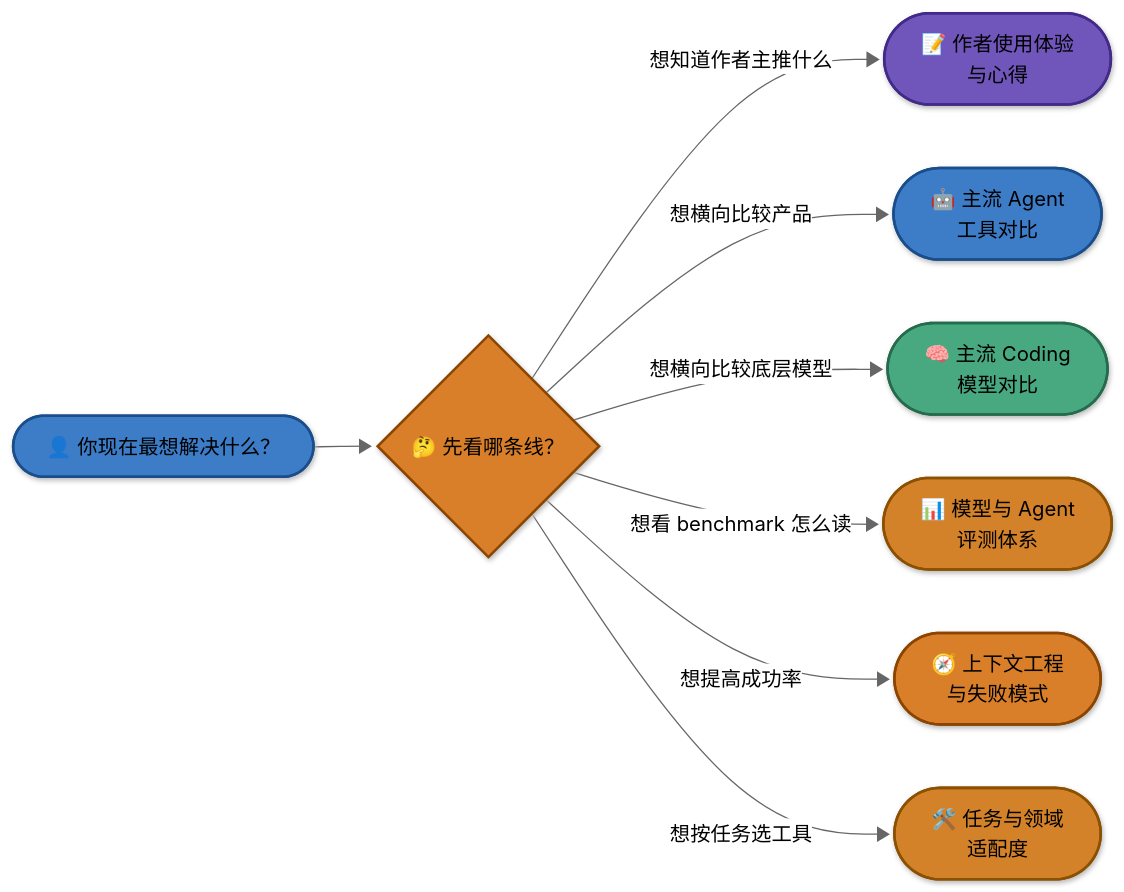
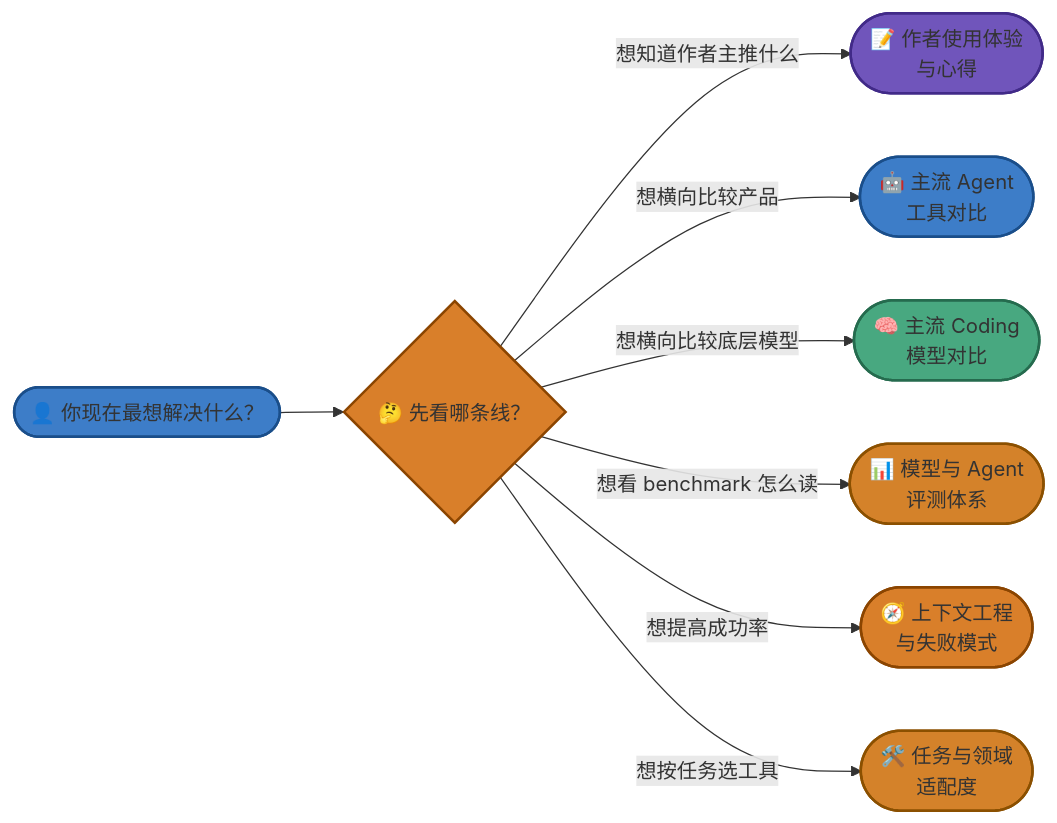
Before and after one commit to zht043/AgenticCodingTutorial: the diagram in docs/ch01-quickstart/reference-tools-comparison.md, drawn with Mermaid. The commit also changed 100 other files, not shown here.

````diff
--- a/docs/ch01-quickstart/reference-tools-comparison.md
+++ b/docs/ch01-quickstart/reference-tools-comparison.md
@@ -13,21 +13,16 @@
 ```mermaid
----
-config:
-  theme: neutral
-  look: neo
----
 flowchart LR
     classDef core fill:#3D7DC8,stroke:#1A4E8A,stroke-width:2px
     classDef data fill:#48A880,stroke:#256B4E,stroke-width:2px
     classDef warning fill:#D97F2A,stroke:#8B4500,stroke-width:2px
     classDef brain fill:#7055BB,stroke:#412A88,stroke-width:2px
     classDef ext fill:#D4822A,stroke:#8B5000,stroke-width:2px
 
     Start(["👤 你现在最想解决什么？"]):::core --> Q{"🤔 先看哪条线？"}:::warning
     Q -->|"想知道作者主推什么"| A(["📝 作者使用体验<br/>与心得"]):::brain
     Q -->|"想横向比较产品"| B(["🤖 主流 Agent<br/>工具对比"]):::core
     Q -->|"想横向比较底层模型"| C(["🧠 主流 Coding<br/>模型对比"]):::data
     Q -->|"想看 benchmark 怎么读"| D(["📊 模型与 Agent<br/>评测体系"]):::ext
     Q -->|"想提高成功率"| E(["🧭 上下文工程<br/>与失败模式"]):::warning
     Q -->|"想按任务选工具"| F(["🛠️ 任务与领域<br/>适配度"]):::ext
 ```
````
